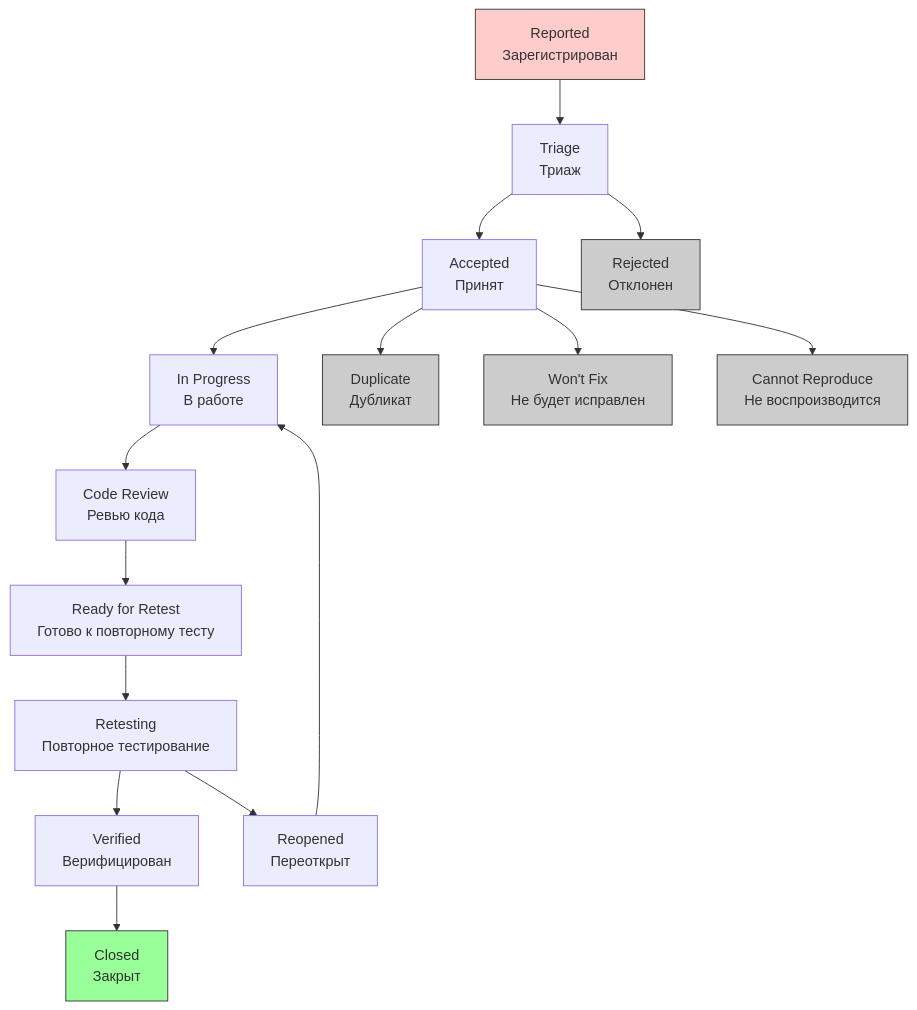
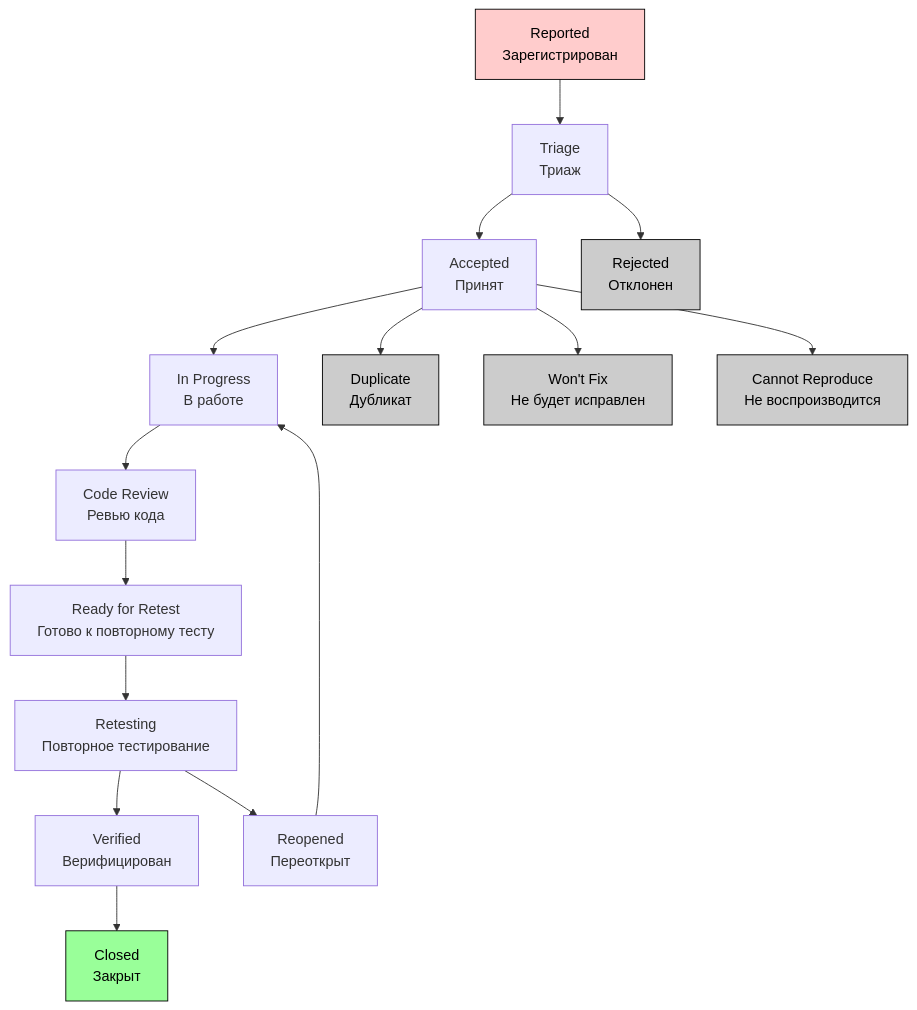
One commit to YaroslavMizgirev/my-jira changed the diagram in data-scheme/about workflow/bug-workflow.md. Above: the diagram before and after it, drawn with Mermaid.

Commit message:
Update Workflow для Bug

````diff
--- a/data-scheme/about workflow/bug-workflow.md
+++ b/data-scheme/about workflow/bug-workflow.md
@@ -12,26 +12,26 @@
 ```mermaid
 graph TD
     A[Reported<br/>Зарегистрирован] --> B[Triage<br/>Триаж]
     B --> C[Accepted<br/>Принят]
     C --> D[In Progress<br/>В работе]
     D --> E[Code Review<br/>Ревью кода]
     E --> F[Ready for Retest<br/>Готово к повторному тесту]
     F --> G[Retesting<br/>Повторное тестирование]
     G --> H[Verified<br/>Верифицирован]
     H --> I[Closed<br/>Закрыт]
     
     B --> J[Rejected<br/>Отклонен]
     C --> K[Duplicate<br/>Дубликат]
     C --> L[Won't Fix<br/>Не будет исправлен]
     C --> M[Cannot Reproduce<br/>Не воспроизводится]
     
     G --> N[Reopened<br/>Переоткрыт]
     N --> D
     
-    style A fill:#ffcccc,stroke:#333
-    style I fill:#9f9,stroke:#333
-    style J fill:#ccc,stroke:#333
-    style K fill:#ccc,stroke:#333
-    style L fill:#ccc,stroke:#333
-    style M fill:#ccc,stroke:#333
+    style A fill:#ffcccc,stroke:#000,color:#000
+    style I fill:#9f9,stroke:#000,color:#000
+    style J fill:#ccc,stroke:#000,color:#000
+    style K fill:#ccc,stroke:#000,color:#000
+    style L fill:#ccc,stroke:#000,color:#000
+    style M fill:#ccc,stroke:#000,color:#000
 ```
````
